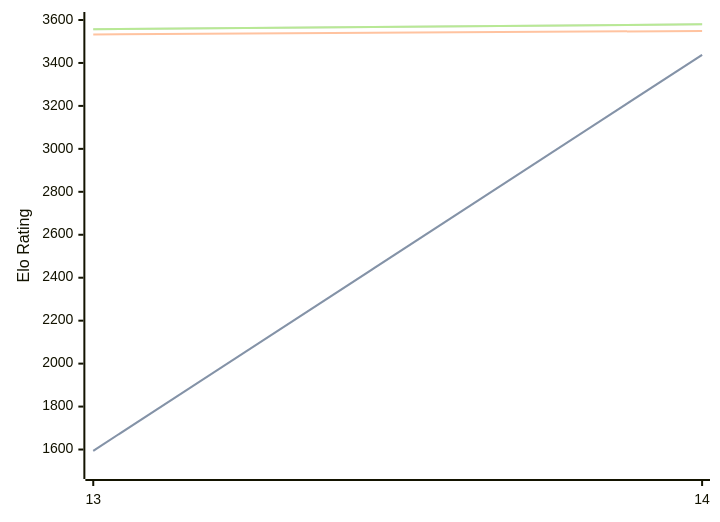
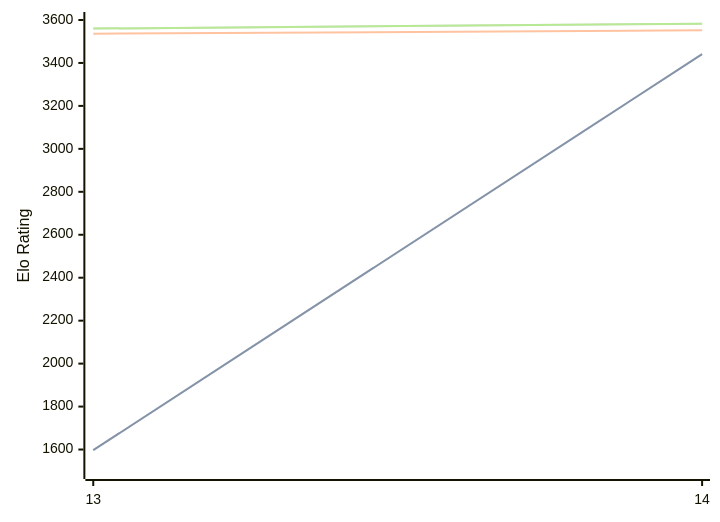
The diagram in engines/Berserk.md (computer-chess-index/cci), drawn with Mermaid before and after one commit. The commit also changed other lines of this file, not shown here.

Commit message:
Update CCI Ratings (ELO VLTC) - 2026-09-24

````diff
--- a/engines/Berserk.md
+++ b/engines/Berserk.md
@@ -33,11 +33,11 @@
 ```mermaid
 %%{init: {"theme":"base","themeVariables":{"seriesColors:['#a3a3a3','#222221','#faa371']}}}%%
 xychart-beta
   x-axis ["13", "14"]
   y-axis "Elo Rating" 1500 --> 3600
-  line "" [1594, 3438]
-  line "STC (8.0+0.08s)" [1594, 3438]
-  line "LTC (60.0+0.60s)" [3533, 3549]
-  line "" [3557, 3580]
-  line "VLTC (2m24s+1.12s)" [3557, 3580]
+  line "" [1597, 3441]
+  line "STC (8.0+0.08s)" [1597, 3441]
+  line "LTC (60.0+0.60s)" [3536, 3552]
+  line "" [3560, 3583]
+  line "VLTC (2m24s+1.12s)" [3560, 3583]
 ```
````
